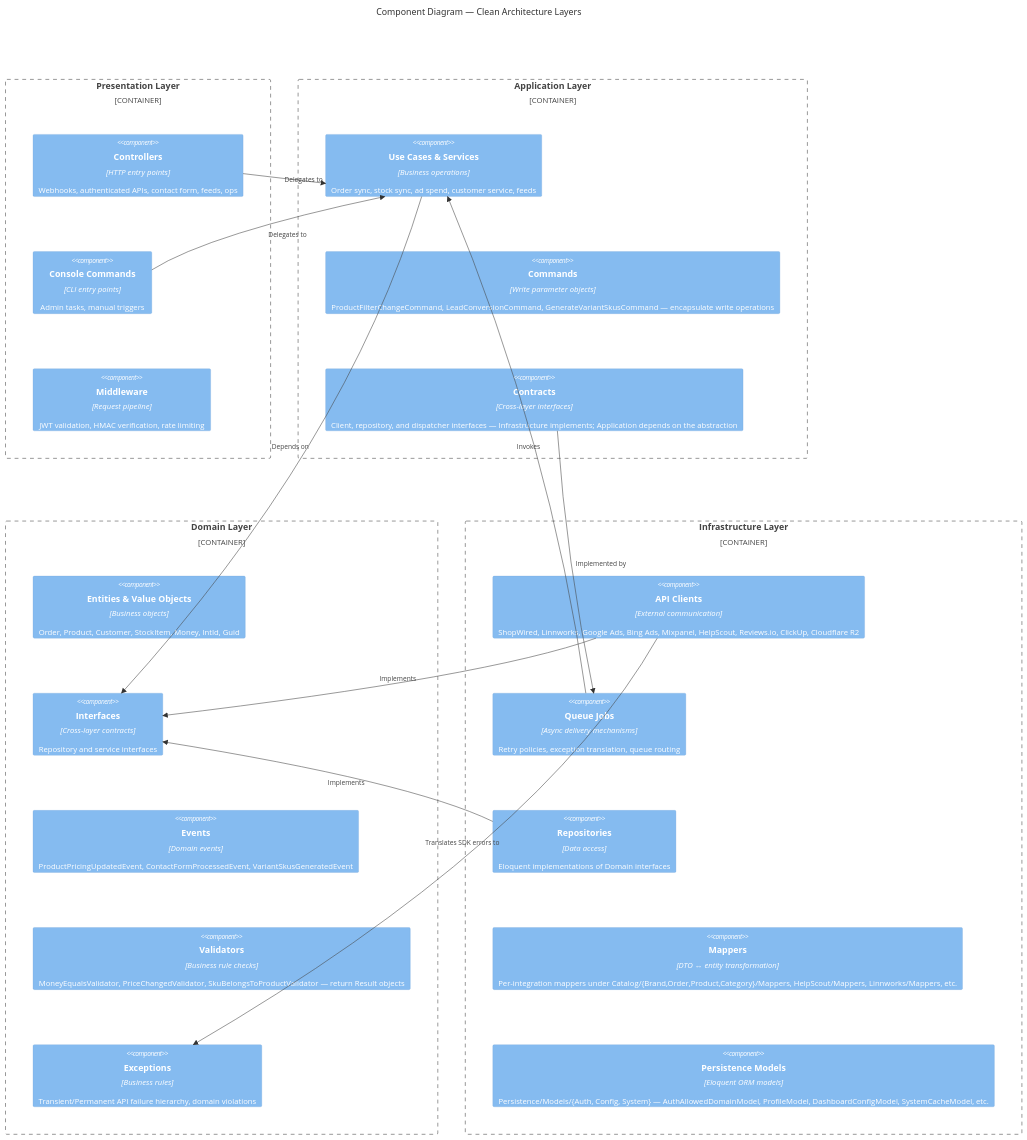
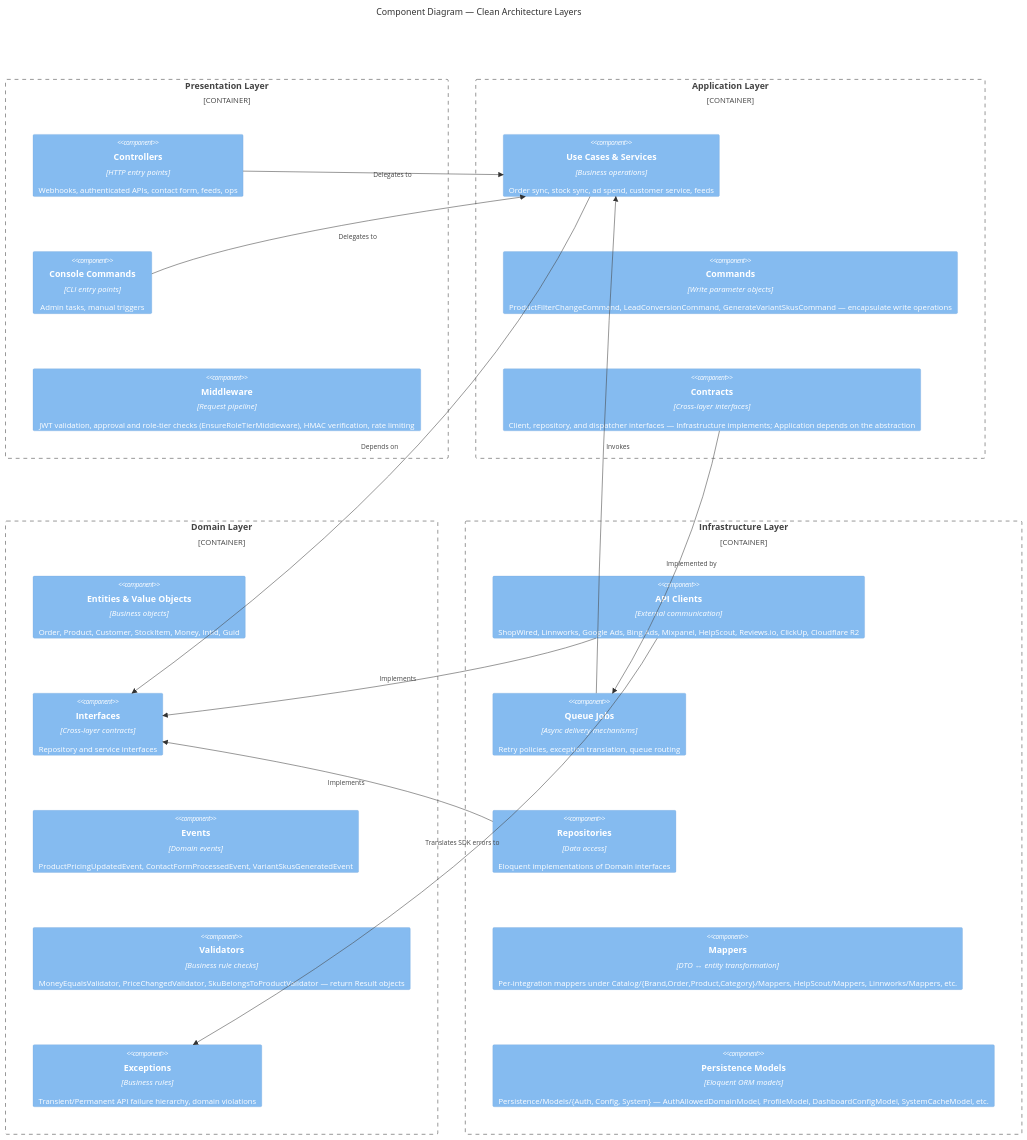
Before and after one commit to alzproducts/alz-core: the third of 7 diagrams in docs/architecture-overview.md, drawn with Mermaid. The commit also changed 13 other files, not shown here.

First line of the commit message:
feat(access): enforce role tiers on approval-gated API routes (#1040)

````diff
--- a/docs/architecture-overview.md
+++ b/docs/architecture-overview.md
@@ -113,41 +113,41 @@
 ```mermaid
 C4Component
     title Component Diagram — Clean Architecture Layers
 
     Container_Boundary(presentation, "Presentation Layer") {
         Component(controllers, "Controllers", "HTTP entry points", "Webhooks, authenticated APIs, contact form, feeds, ops")
         Component(commands, "Console Commands", "CLI entry points", "Admin tasks, manual triggers")
-        Component(middleware, "Middleware", "Request pipeline", "JWT validation, HMAC verification, rate limiting")
+        Component(middleware, "Middleware", "Request pipeline", "JWT validation, approval and role-tier checks (EnsureRoleTierMiddleware), HMAC verification, rate limiting")
     }
 
     Container_Boundary(application, "Application Layer") {
         Component(usecases, "Use Cases & Services", "Business operations", "Order sync, stock sync, ad spend, customer service, feeds")
         Component(appcommands, "Commands", "Write parameter objects", "ProductFilterChangeCommand, LeadConversionCommand, GenerateVariantSkusCommand — encapsulate write operations")
         Component(contracts, "Contracts", "Cross-layer interfaces", "Client, repository, and dispatcher interfaces — Infrastructure implements; Application depends on the abstraction")
     }
 
     Container_Boundary(domain, "Domain Layer") {
         Component(entities, "Entities & Value Objects", "Business objects", "Order, Product, Customer, StockItem, Money, IntId, Guid")
         Component(domainInterfaces, "Interfaces", "Cross-layer contracts", "Repository and service interfaces")
         Component(events, "Events", "Domain events", "ProductPricingUpdatedEvent, ContactFormProcessedEvent, VariantSkusGeneratedEvent")
         Component(validators, "Validators", "Business rule checks", "MoneyEqualsValidator, PriceChangedValidator, SkuBelongsToProductValidator — return Result objects")
         Component(exceptions, "Exceptions", "Business rules", "Transient/Permanent API failure hierarchy, domain violations")
     }
 
     Container_Boundary(infrastructure, "Infrastructure Layer") {
         Component(clients, "API Clients", "External communication", "ShopWired, Linnworks, Google Ads, Bing Ads, Mixpanel, HelpScout, Reviews.io, ClickUp, Cloudflare R2")
         Component(jobs, "Queue Jobs", "Async delivery mechanisms", "Retry policies, exception translation, queue routing")
         Component(repos, "Repositories", "Data access", "Eloquent implementations of Domain interfaces")
         Component(mappers, "Mappers", "DTO ↔ entity transformation", "Per-integration mappers under Catalog/{Brand,Order,Product,Category}/Mappers, HelpScout/Mappers, Linnworks/Mappers, etc.")
         Component(models, "Persistence Models", "Eloquent ORM models", "Persistence/Models/{Auth, Config, System} — AuthAllowedDomainModel, ProfileModel, DashboardConfigModel, SystemCacheModel, etc.")
     }
 
     Rel(controllers, usecases, "Delegates to")
     Rel(commands, usecases, "Delegates to")
     Rel(usecases, domainInterfaces, "Depends on")
     Rel(contracts, jobs, "Implemented by")
     Rel(clients, domainInterfaces, "Implements")
     Rel(repos, domainInterfaces, "Implements")
     Rel(jobs, usecases, "Invokes")
     Rel(clients, exceptions, "Translates SDK errors to")
 ```
````
